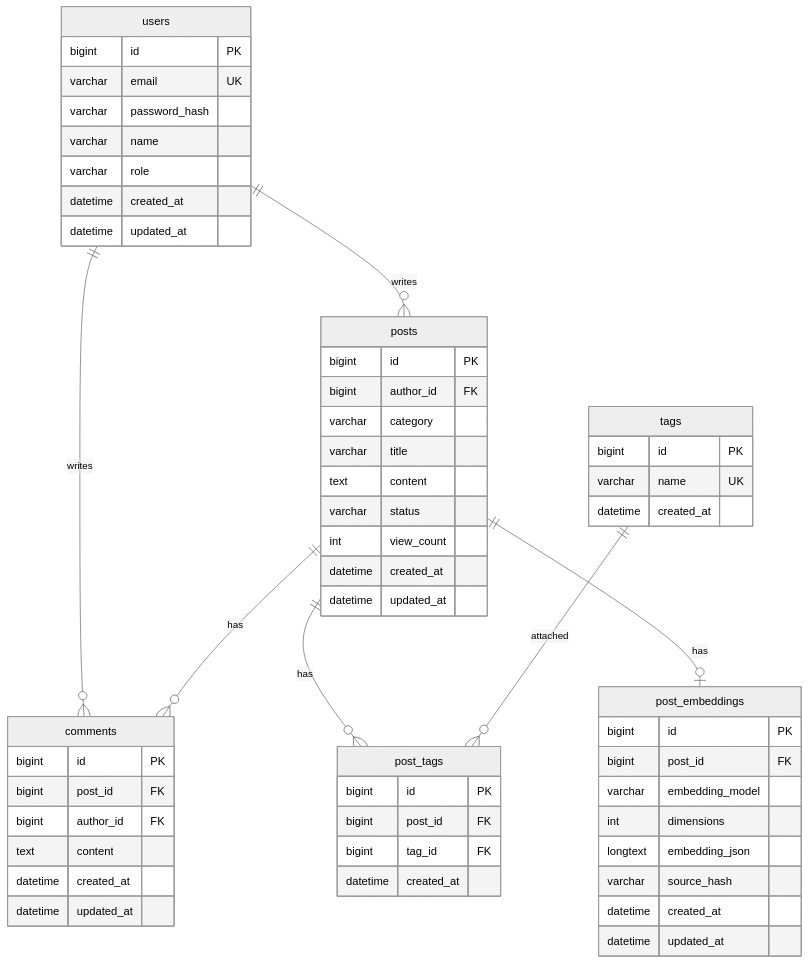
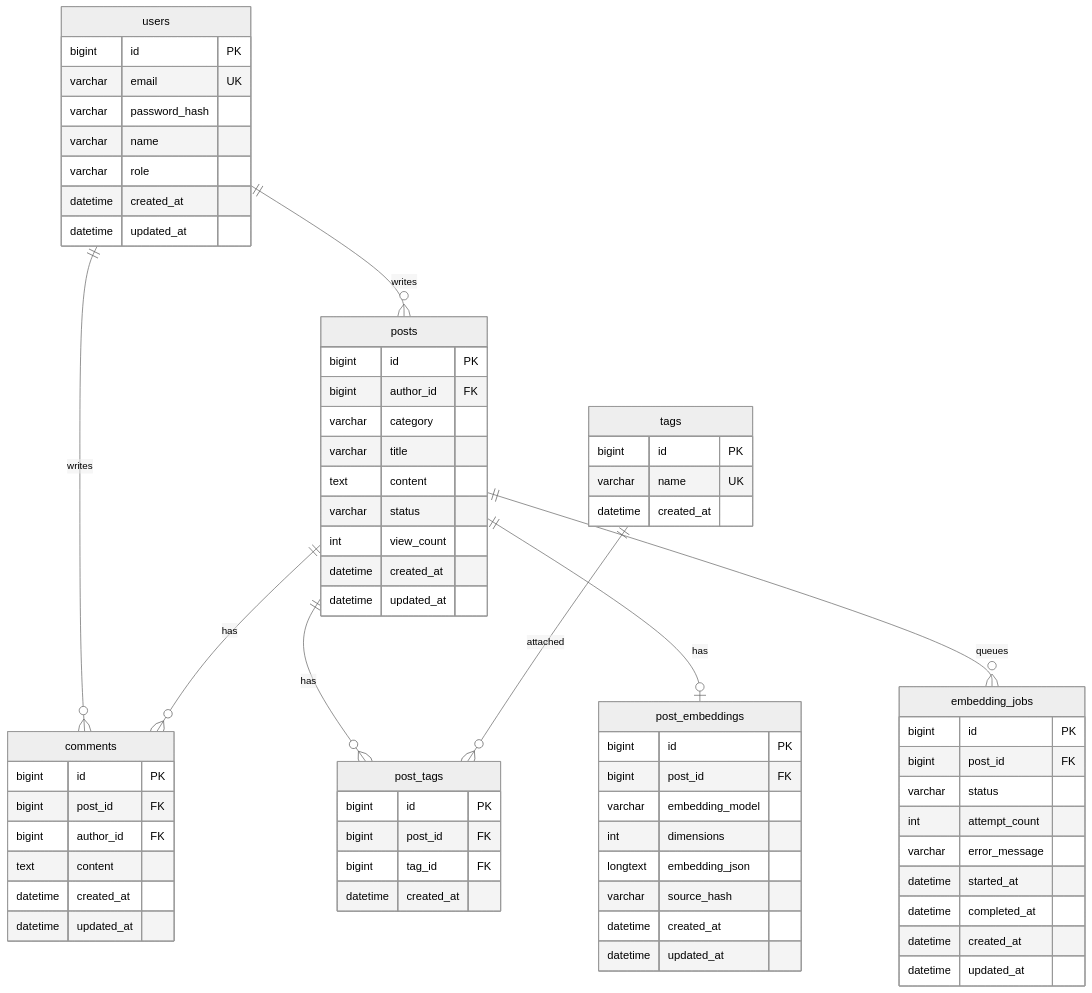
The diagram in docs/database-schema.md (Jungle-12-303/week15-16_team03_ai_board_lab), drawn with Mermaid (neutral theme) before and after one commit. The commit also changed other lines of this file and 3 other files, not shown here.

````diff
--- a/docs/database-schema.md
+++ b/docs/database-schema.md
@@ -8,64 +8,77 @@
 ```mermaid
 erDiagram
     users ||--o{ posts : writes
     users ||--o{ comments : writes
     posts ||--o{ comments : has
     posts ||--o{ post_tags : has
     posts ||--o| post_embeddings : has
+    posts ||--o{ embedding_jobs : queues
     tags ||--o{ post_tags : attached
 
     users {
         bigint id PK
         varchar email UK
         varchar password_hash
         varchar name
         varchar role
         datetime created_at
         datetime updated_at
     }
 
     posts {
         bigint id PK
         bigint author_id FK
         varchar category
         varchar title
         text content
         varchar status
         int view_count
         datetime created_at
         datetime updated_at
     }
 
     comments {
         bigint id PK
         bigint post_id FK
         bigint author_id FK
         text content
         datetime created_at
         datetime updated_at
     }
 
     tags {
         bigint id PK
         varchar name UK
         datetime created_at
     }
 
     post_tags {
         bigint id PK
         bigint post_id FK
         bigint tag_id FK
         datetime created_at
     }
 
     post_embeddings {
         bigint id PK
         bigint post_id FK
         varchar embedding_model
         int dimensions
         longtext embedding_json
         varchar source_hash
         datetime created_at
         datetime updated_at
     }
+
+    embedding_jobs {
+        bigint id PK
+        bigint post_id FK
+        varchar status
+        int attempt_count
+        varchar error_message
+        datetime started_at
+        datetime completed_at
+        datetime created_at
+        datetime updated_at
+    }
 ```
````
